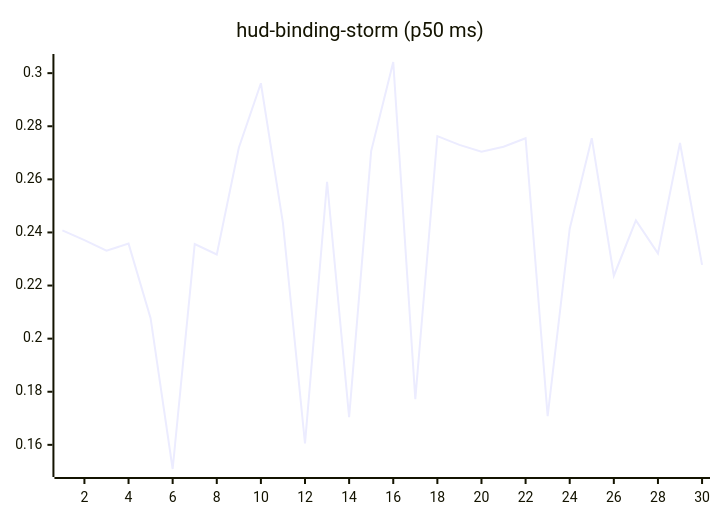
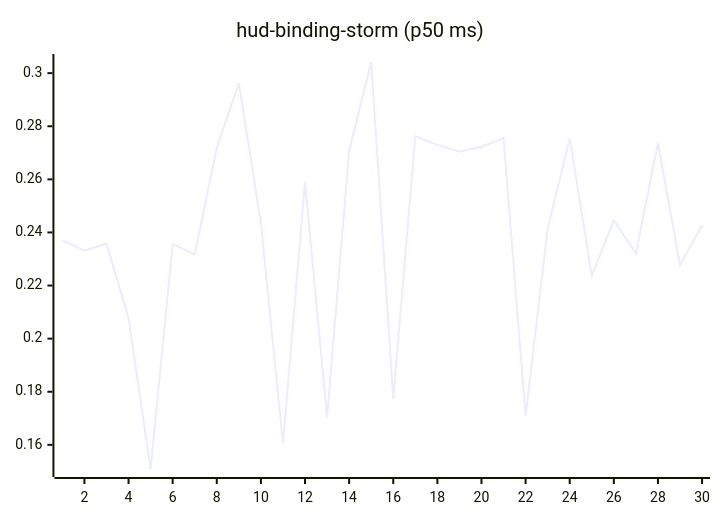
One commit to josha/Facet changed the tenth of 27 diagrams in README.md. Above: the diagram before and after it, drawn with Mermaid. The commit also changed other lines of this file and 2 other files, not shown here.

````diff
--- a/README.md
+++ b/README.md
@@ -126,6 +126,6 @@
 ```mermaid
 xychart-beta
     title "hud-binding-storm (p50 ms)"
     x-axis 1 --> 30
-    line [0.2408, 0.2371, 0.2331, 0.2358, 0.2077, 0.1509, 0.2356, 0.2317, 0.2719, 0.2962, 0.2435, 0.1605, 0.2591, 0.1704, 0.2707, 0.3042, 0.1772, 0.2763, 0.2730, 0.2704, 0.2723, 0.2755, 0.1708, 0.2414, 0.2755, 0.2237, 0.2445, 0.2321, 0.2737, 0.2278]
+    line [0.2371, 0.2331, 0.2358, 0.2077, 0.1509, 0.2356, 0.2317, 0.2719, 0.2962, 0.2435, 0.1605, 0.2591, 0.1704, 0.2707, 0.3042, 0.1772, 0.2763, 0.2730, 0.2704, 0.2723, 0.2755, 0.1708, 0.2414, 0.2755, 0.2237, 0.2445, 0.2321, 0.2737, 0.2278, 0.2427]
 ```
````
